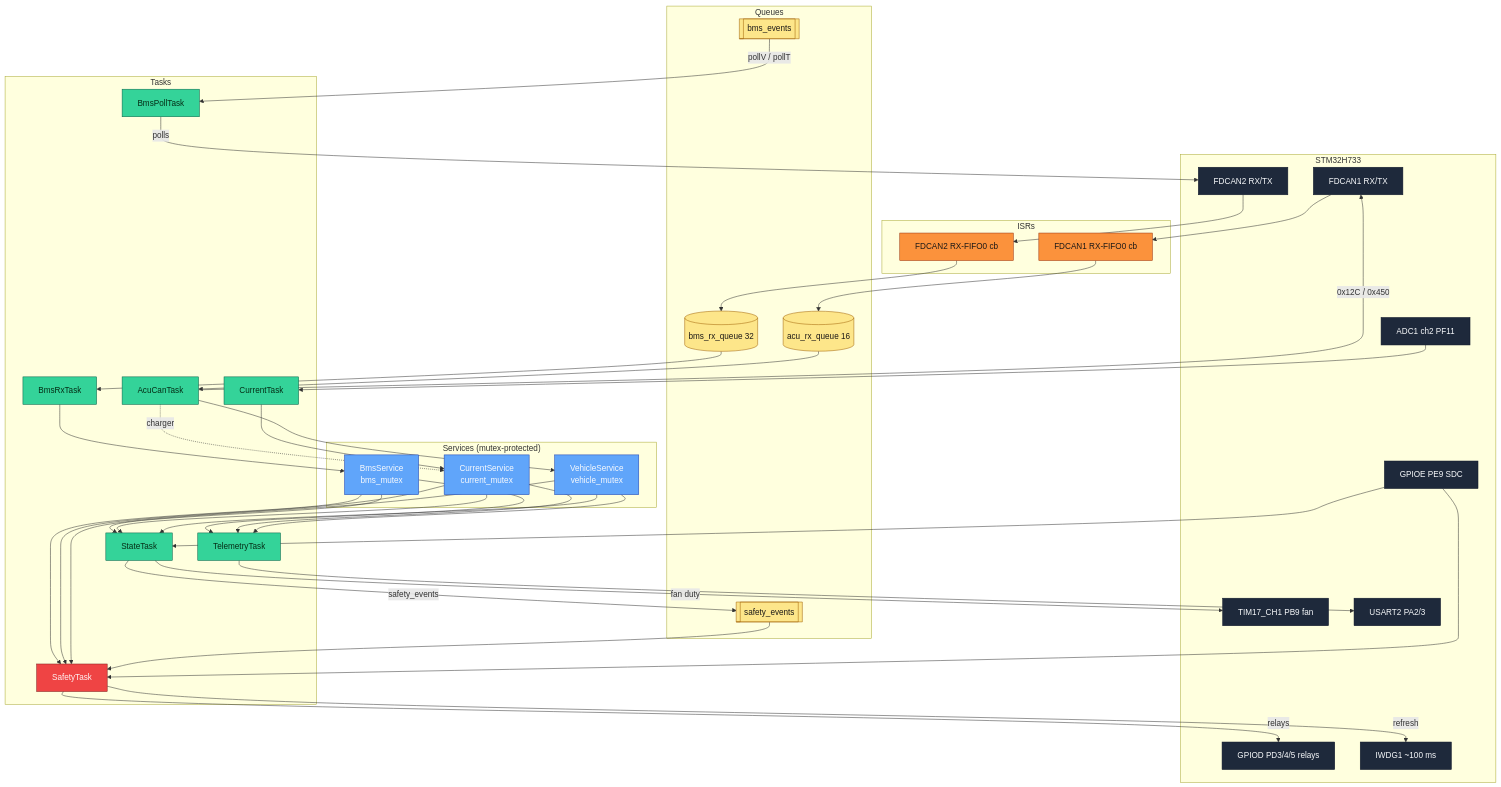
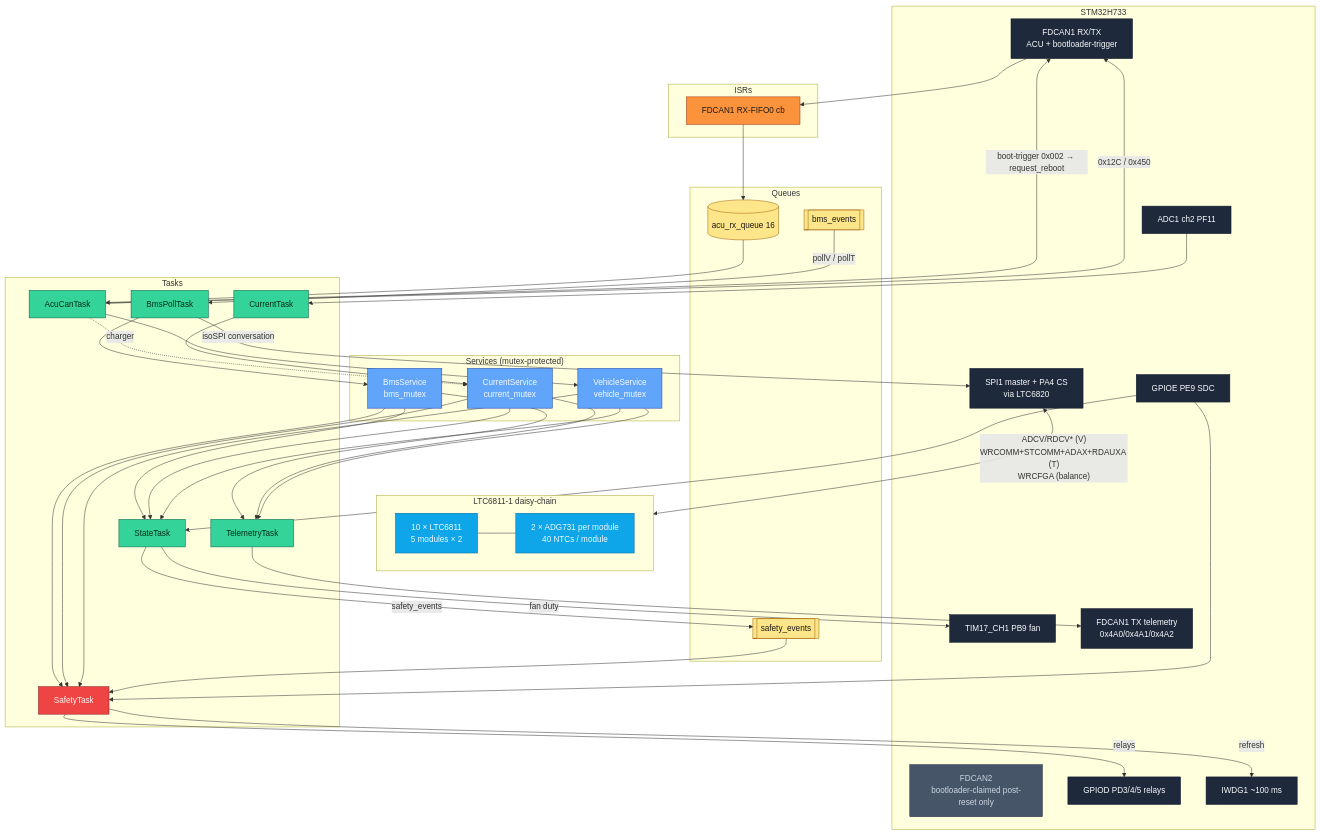
One commit to isc-fs/IFS08-CE-AMS changed the second of 4 diagrams in docs/ARCHITECTURE.md. Above: the diagram before and after it, drawn with Mermaid. The commit also changed other lines of this file and 2 other files, not shown here.

First line of the commit message:
docs: v1.2.0-ltc6811 doc set (#75 #76 #77)

````diff
--- a/docs/ARCHITECTURE.md
+++ b/docs/ARCHITECTURE.md
@@ -99,24 +113,29 @@
 ```mermaid
 flowchart TD
   subgraph HW[STM32H733]
-    FDCAN1[FDCAN1 RX/TX]
-    FDCAN2[FDCAN2 RX/TX]
+    FDCAN1[FDCAN1 RX/TX<br/>ACU + bootloader-trigger]
+    FDCAN2[FDCAN2<br/>bootloader-claimed post-reset only]
+    SPI1[SPI1 master + PA4 CS<br/>via LTC6820]
     ADC1[ADC1 ch2 PF11]
     GPIOD[GPIOD PD3/4/5 relays]
     GPIOE9[GPIOE PE9 SDC]
     TIM17[TIM17_CH1 PB9 fan]
-    UART2[USART2 PA2/3]
+    FDCAN1TX[FDCAN1 TX telemetry<br/>0x4A0/0x4A1/0x4A2]
     IWDG[IWDG1 ~100 ms]
+  end
+
+  subgraph Chain[LTC6811-1 daisy-chain]
+    LTC[10 × LTC6811<br/>5 modules × 2]
+    MUX[2 × ADG731 per module<br/>40 NTCs / module]
+    LTC --- MUX
   end
 
   subgraph ISR[ISRs]
     RX1[FDCAN1 RX-FIFO0 cb]
-    RX2[FDCAN2 RX-FIFO0 cb]
   end
 
   subgraph Queues
     acu_rx[(acu_rx_queue 16)]
-    bms_rx[(bms_rx_queue 32)]
     sa_evt[[safety_events]]
     bms_evt[[bms_events]]
   end
@@ -129,7 +148,6 @@
 
   subgraph Tasks
     AcuT[AcuCanTask]
-    BmsRxT[BmsRxTask]
     BmsPollT[BmsPollTask]
     CurT[CurrentTask]
     StateT[StateTask]
@@ -139,10 +157,12 @@
 
   FDCAN1 --> RX1 --> acu_rx --> AcuT --> VehSvc
   AcuT -.charger.-> CurSvc
+  AcuT -- "boot-trigger 0x002 → request_reboot" --> FDCAN1
   AcuT -- "0x12C / 0x450" --> FDCAN1
 
-  FDCAN2 --> RX2 --> bms_rx --> BmsRxT --> BmsSvc
-  BmsPollT -- "polls" --> FDCAN2
+  SPI1 <-->|"ADCV/RDCV* (V)<br/>WRCOMM+STCOMM+ADAX+RDAUXA (T)<br/>WRCFGA (balance)"| Chain
+  BmsPollT -- "isoSPI conversation" --> SPI1
+  BmsPollT --> BmsSvc
 
   ADC1 --> CurT --> CurSvc
 
@@ -156,21 +176,25 @@
   SafeT -- refresh --> IWDG
   GPIOE9 --> SafeT
   GPIOE9 --> StateT
-  TeleT --> UART2
+  TeleT --> FDCAN1TX
 
   bms_evt -- pollV / pollT --> BmsPollT
 
   classDef hw    fill:#1e293b,stroke:#0f172a,color:#f8fafc
+  classDef chain fill:#0ea5e9,stroke:#0369a1,color:#f0f9ff
   classDef isr   fill:#fb923c,stroke:#9a3412,color:#1c1917
   classDef queue fill:#fde68a,stroke:#a16207,color:#1c1917
   classDef svc   fill:#60a5fa,stroke:#1e40af,color:#f8fafc
   classDef task  fill:#34d399,stroke:#065f46,color:#052e16
   classDef safe  fill:#ef4444,stroke:#7f1d1d,color:#fef2f2
+  classDef dim   fill:#475569,stroke:#1e293b,color:#cbd5e1
 
-  class FDCAN1,FDCAN2,ADC1,GPIOD,GPIOE9,TIM17,UART2,IWDG hw
-  class RX1,RX2 isr
-  class acu_rx,bms_rx,sa_evt,bms_evt queue
+  class FDCAN1,SPI1,ADC1,GPIOD,GPIOE9,TIM17,FDCAN1TX,IWDG hw
+  class FDCAN2 dim
+  class LTC,MUX chain
+  class RX1 isr
+  class acu_rx,sa_evt,bms_evt queue
   class BmsSvc,CurSvc,VehSvc svc
-  class AcuT,BmsRxT,BmsPollT,CurT,StateT,TeleT task
+  class AcuT,BmsPollT,CurT,StateT,TeleT task
   class SafeT safe
 ```
````
